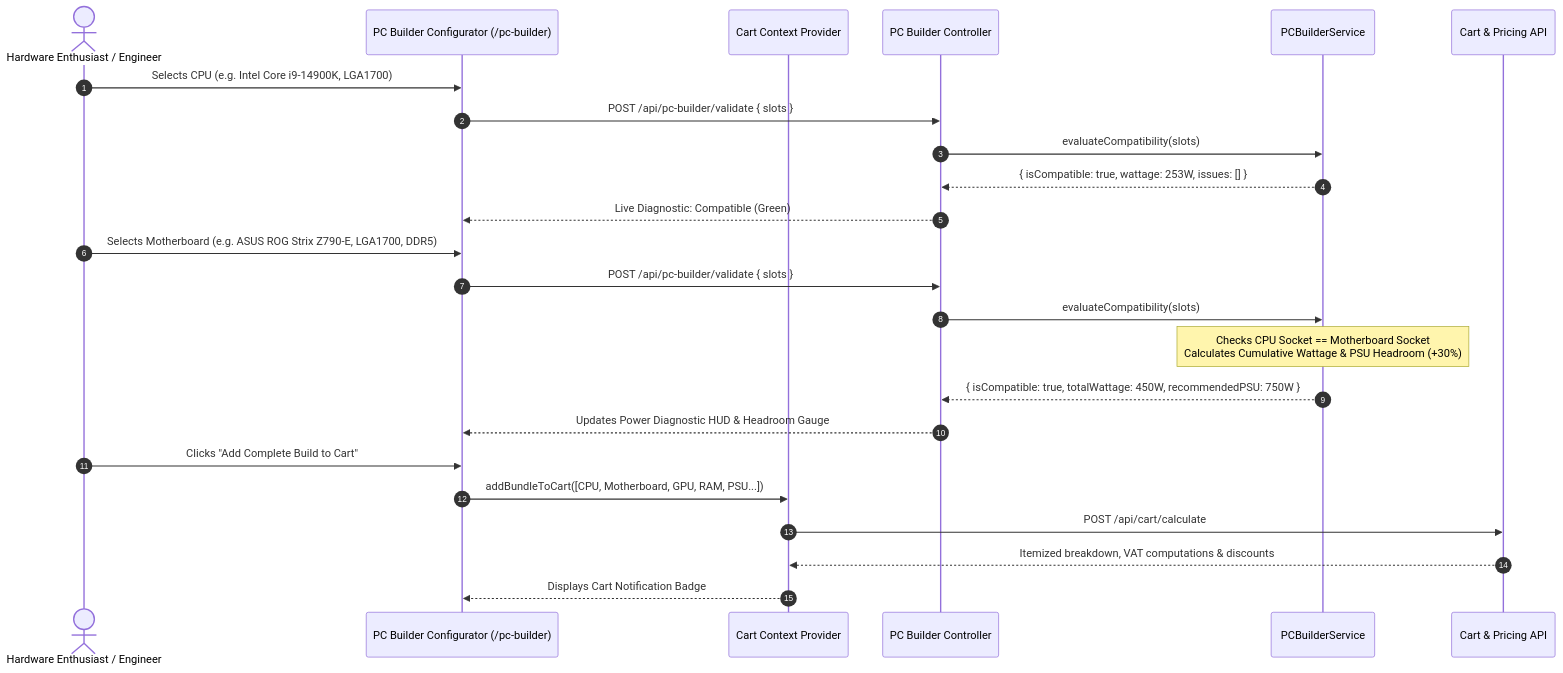
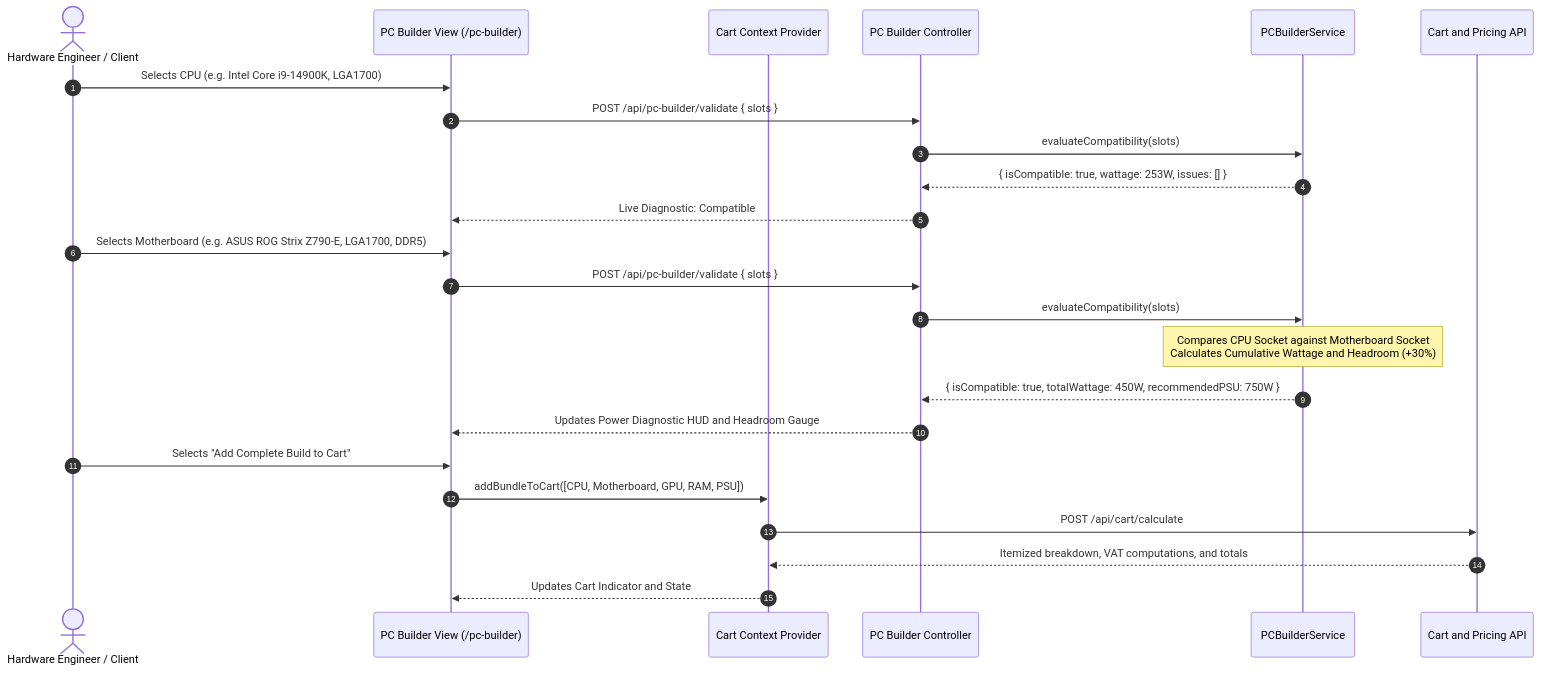
Before and after one commit to gl1tch0x1/NexTechSystem: the fourth of 8 diagrams in README.md, drawn with Mermaid. The commit also changed other lines of this file, not shown here.

````diff
--- a/README.md
+++ b/README.md
@@ -222,29 +229,29 @@
 ```mermaid
 sequenceDiagram
     autonumber
-    actor User as Hardware Enthusiast / Engineer
-    participant UI as PC Builder Configurator (/pc-builder)
+    actor User as Hardware Engineer / Client
+    participant UI as PC Builder View (/pc-builder)
     participant CartCtx as Cart Context Provider
     participant API as PC Builder Controller
     participant Service as PCBuilderService
-    participant CartAPI as Cart & Pricing API
+    participant CartAPI as Cart and Pricing API
 
     User->>UI: Selects CPU (e.g. Intel Core i9-14900K, LGA1700)
     UI->>API: POST /api/pc-builder/validate { slots }
     API->>Service: evaluateCompatibility(slots)
     Service-->>API: { isCompatible: true, wattage: 253W, issues: [] }
-    API-->>UI: Live Diagnostic: Compatible (Green)
+    API-->>UI: Live Diagnostic: Compatible
 
     User->>UI: Selects Motherboard (e.g. ASUS ROG Strix Z790-E, LGA1700, DDR5)
     UI->>API: POST /api/pc-builder/validate { slots }
     API->>Service: evaluateCompatibility(slots)
-    Note over Service: Checks CPU Socket == Motherboard Socket<br/>Calculates Cumulative Wattage & PSU Headroom (+30%)
+    Note over Service: Compares CPU Socket against Motherboard Socket<br/>Calculates Cumulative Wattage and Headroom (+30%)
     Service-->>API: { isCompatible: true, totalWattage: 450W, recommendedPSU: 750W }
-    API-->>UI: Updates Power Diagnostic HUD & Headroom Gauge
+    API-->>UI: Updates Power Diagnostic HUD and Headroom Gauge
 
-    User->>UI: Clicks "Add Complete Build to Cart"
-    UI->>CartCtx: addBundleToCart([CPU, Motherboard, GPU, RAM, PSU...])
+    User->>UI: Selects "Add Complete Build to Cart"
+    UI->>CartCtx: addBundleToCart([CPU, Motherboard, GPU, RAM, PSU])
     CartCtx->>CartAPI: POST /api/cart/calculate
-    CartAPI-->>CartCtx: Itemized breakdown, VAT computations & discounts
-    CartCtx-->>UI: Displays Cart Notification Badge
+    CartAPI-->>CartCtx: Itemized breakdown, VAT computations, and totals
+    CartCtx-->>UI: Updates Cart Indicator and State
 ```
````
